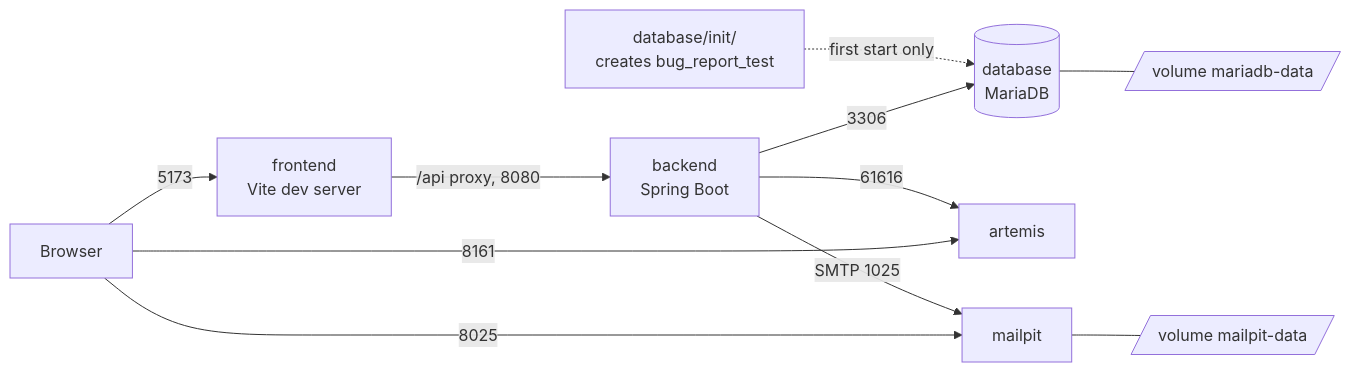
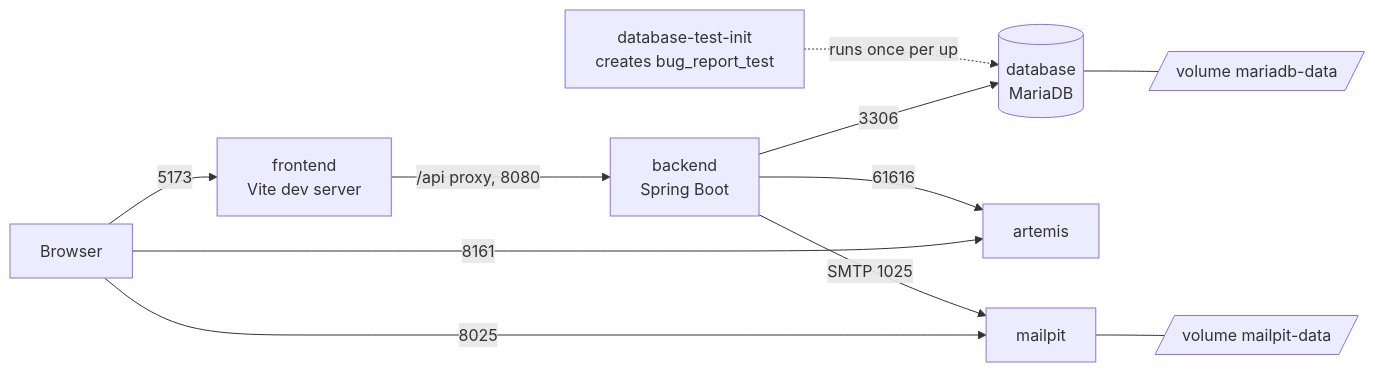
The sixth of 6 diagrams in README.md (ramys2/bug-report-system), drawn with Mermaid before and after one commit. The commit also changed other lines of this file and 3 other files, not shown here.

First line of the commit message:
fix: create bug_report_test on existing database volumes

````diff
--- a/README.md
+++ b/README.md
@@ -418,13 +418,13 @@
 ```mermaid
 flowchart LR
     Browser["Browser"] -->|"5173"| FE["frontend<br/>Vite dev server"]
     Browser -->|"8025"| MP["mailpit"]
     Browser -->|"8161"| AR["artemis"]
     FE -->|"/api proxy, 8080"| BE["backend<br/>Spring Boot"]
     BE -->|"3306"| DB[("database<br/>MariaDB")]
     BE -->|"61616"| AR
     BE -->|"SMTP 1025"| MP
     DB --- V1[/"volume mariadb-data"/]
     MP --- V2[/"volume mailpit-data"/]
-    Init["database/init/<br/>creates bug_report_test"] -.->|"first start only"| DB
+    Init["database-test-init<br/>creates bug_report_test"] -.->|"runs once per up"| DB
 ```
````
